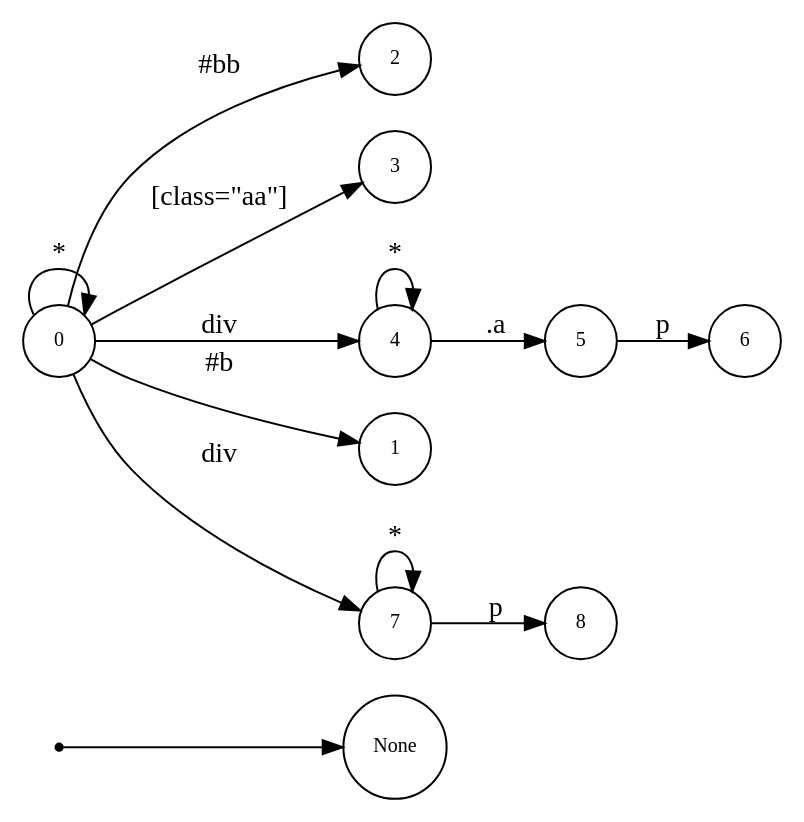
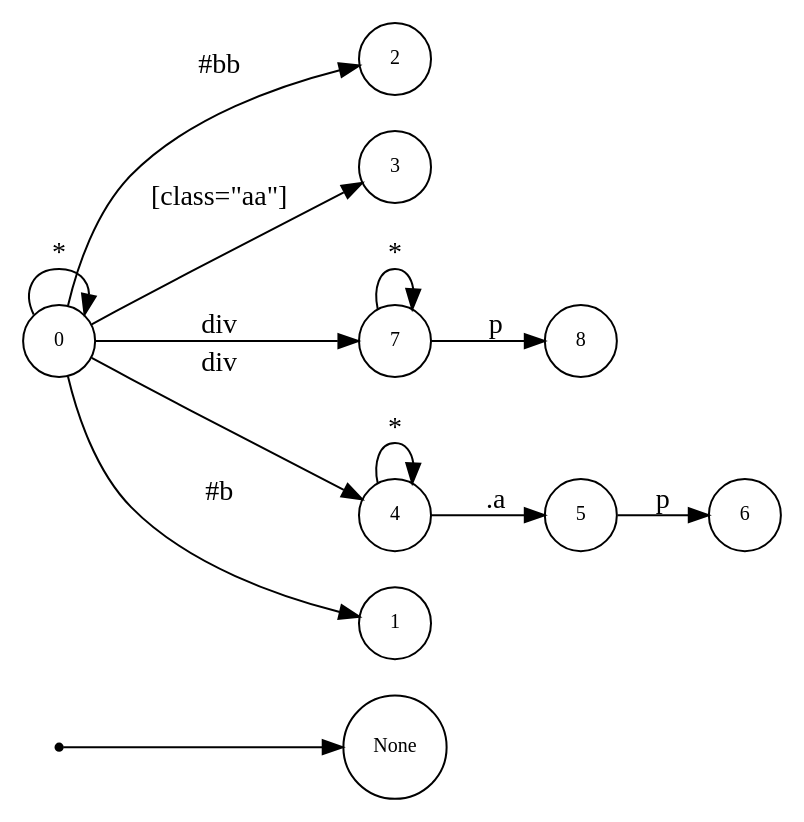
One commit to asukaminato0721/css-bitvector-compiler changed the diagram in css-gen-op/testcase/dot_quad.dot. Above: the diagram before and after it, drawn with Graphviz. The commit also changed other lines of this file and 39 other files, not shown here.

```diff
--- a/css-gen-op/testcase/dot_quad.dot
+++ b/css-gen-op/testcase/dot_quad.dot
@@ -1,27 +1,27 @@
 digraph NFA {
   rankdir=LR;
   node [shape=circle, fontsize=10];
   __start [shape=point, label=""];
   __start -> None;
+  8 [label="8"];
+  2 [label="2"];
+  0 [label="0"];
+  5 [label="5"];
   6 [label="6"];
-  2 [label="2"];
   3 [label="3"];
+  7 [label="7"];
   4 [label="4"];
-  8 [label="8"];
   1 [label="1"];
-  5 [label="5"];
-  7 [label="7"];
-  0 [label="0"];
   { node [shape=doublecircle]; 1 2 3 6 8 }
   0 -> 0 [label="*"];
   0 -> 1 [label="#b"];
   0 -> 2 [label="#bb"];
   0 -> 3 [label="[class=\"aa\"]"];
   0 -> 4 [label="div"];
   4 -> 4 [label="*"];
   4 -> 5 [label=".a"];
   5 -> 6 [label="p"];
   0 -> 7 [label="div"];
   7 -> 7 [label="*"];
   7 -> 8 [label="p"];
 }
```
